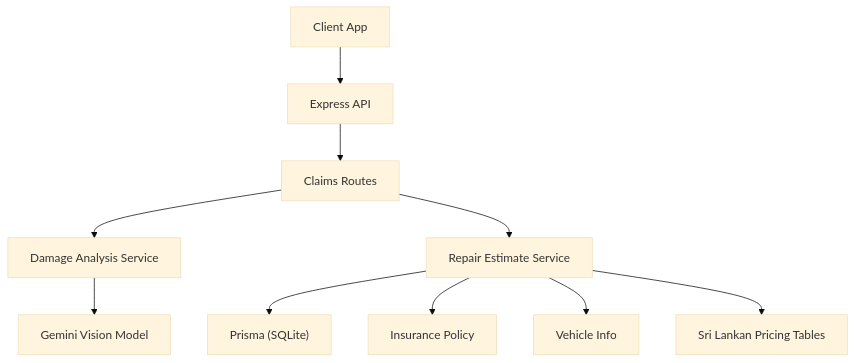
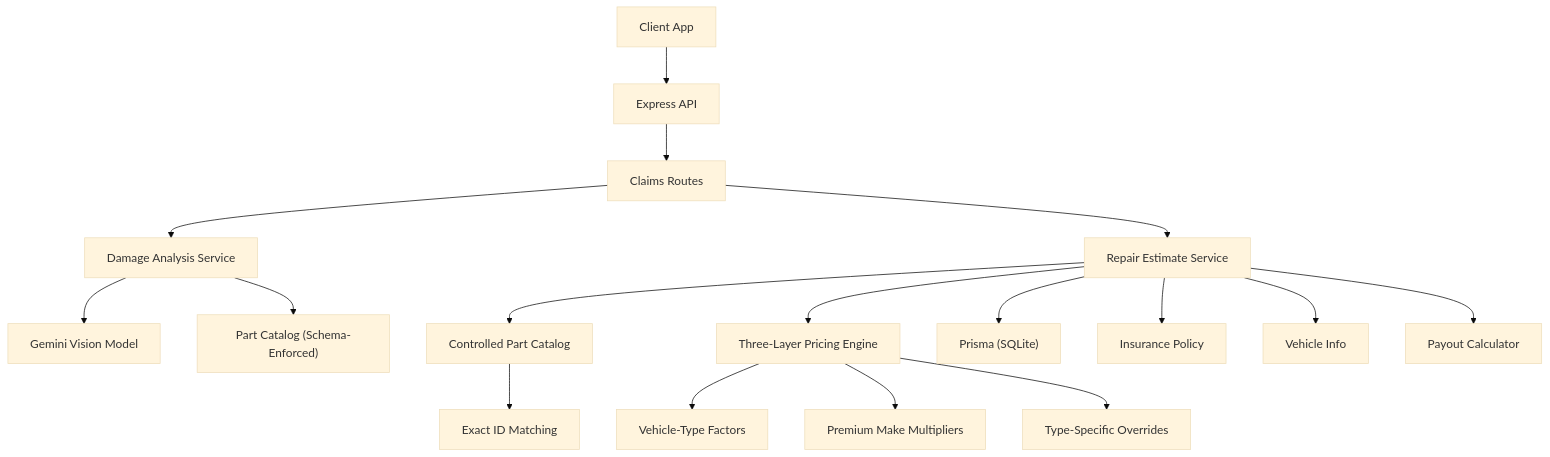
One commit to NaveenHiranya/Smart-Vehicle-Insurance-Claim-System changed the first of 2 diagrams in .qoder/repowiki/en/content/Backend Documentation/Business Logic & Services/Repair Estimate Service.md. Above: the diagram before and after it, drawn with Mermaid (base theme). The commit also changed other lines of this file and 17 other files, not shown here.

````diff
--- a/.qoder/repowiki/en/content/Backend Documentation/Business Logic & Services/Repair Estimate Service.md
+++ b/.qoder/repowiki/en/content/Backend Documentation/Business Logic & Services/Repair Estimate Service.md
@@ -51,12 +64,19 @@
 ```mermaid
 graph TB
 Client["Client App"] --> API["Express API"]
 API --> ClaimsRoutes["Claims Routes"]
 ClaimsRoutes --> DamageAnalysis["Damage Analysis Service"]
 ClaimsRoutes --> RepairEstimate["Repair Estimate Service"]
 DamageAnalysis --> Gemini["Gemini Vision Model"]
+DamageAnalysis --> PartCatalog["Part Catalog (Schema-Enforced)"]
+RepairEstimate --> ControlledCatalog["Controlled Part Catalog"]
+ControlledCatalog --> ExactIDMatching["Exact ID Matching"]
+RepairEstimate --> PricingEngine["Three-Layer Pricing Engine"]
+PricingEngine --> VehicleFactors["Vehicle-Type Factors"]
+PricingEngine --> PremiumMakes["Premium Make Multipliers"]
+PricingEngine --> TypeOverrides["Type-Specific Overrides"]
 RepairEstimate --> DB["Prisma (SQLite)"]
 RepairEstimate --> Policy["Insurance Policy"]
 RepairEstimate --> Vehicle["Vehicle Info"]
-RepairEstimate --> LKRPricing["Sri Lankan Pricing Tables"]
+RepairEstimate --> PayoutCalc["Payout Calculator"]
 ```
````
